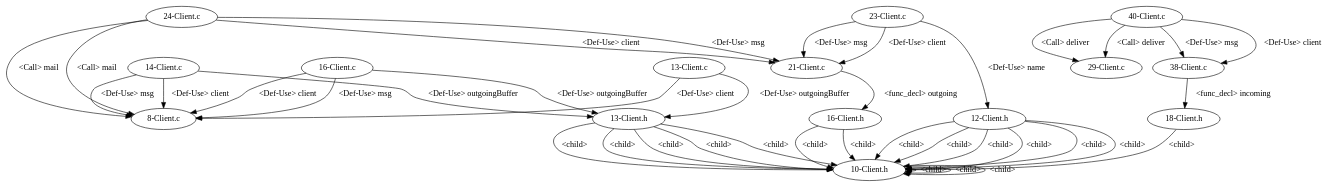
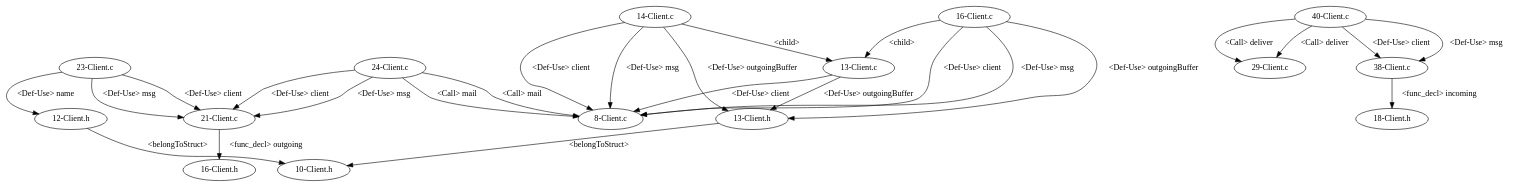
Before and after one commit to shuiblue/JDimeForCpp: the diagram in testcpp/dependencyGraph/EmailSystem/test_12/graph.gv, drawn with Graphviz. The commit also changed 10 other files, not shown here.

```diff
--- a/testcpp/dependencyGraph/EmailSystem/test_12/graph.gv
+++ b/testcpp/dependencyGraph/EmailSystem/test_12/graph.gv
@@ -1,55 +1,42 @@
 digraph {
-22 [label = "8-Client.c"];
-23 [label = "13-Client.c"];
-23 -> 22[label="<Def-Use> client"];
-24 [label = "14-Client.c"];
-24 -> 22[label="<Def-Use> client"];
-24 -> 22[label="<Def-Use> msg"];
-25 [label = "16-Client.c"];
-25 -> 22[label="<Def-Use> client"];
-25 -> 22[label="<Def-Use> msg"];
-26 [label = "21-Client.c"];
-27 [label = "23-Client.c"];
-27 -> 26[label="<Def-Use> msg"];
-27 -> 26[label="<Def-Use> client"];
-28 [label = "24-Client.c"];
-28 -> 22[label="<Call> mail"];
-28 -> 26[label="<Def-Use> client"];
-28 -> 26[label="<Def-Use> msg"];
-29 [label = "29-Client.c"];
-30 [label = "38-Client.c"];
-31 [label = "40-Client.c"];
-31 -> 29[label="<Call> deliver"];
-31 -> 30[label="<Def-Use> client"];
-31 -> 30[label="<Def-Use> msg"];
-32 [label = "10-Client.h"];
-33 [label = "12-Client.h"];
-33 -> 32[label="<child>"];
-34 [label = "13-Client.h"];
-34 -> 32[label="<child>"];
-33 -> 32[label="<child>"];
-34 -> 32[label="<child>"];
-33 -> 32[label="<child>"];
-34 -> 32[label="<child>"];
-32 -> 32[label="<child>"];
-33 -> 32[label="<child>"];
-35 [label = "16-Client.h"];
-34 -> 32[label="<child>"];
-35 -> 32[label="<child>"];
-32 -> 32[label="<child>"];
-33 -> 32[label="<child>"];
-36 [label = "18-Client.h"];
-34 -> 32[label="<child>"];
-35 -> 32[label="<child>"];
-36 -> 32[label="<child>"];
-32 -> 32[label="<child>"];
-33 -> 32[label="<child>"];
-31 -> 29[label="<Call> deliver"];
-27 -> 33[label="<Def-Use> name"];
-23 -> 34[label="<Def-Use> outgoingBuffer"];
-25 -> 34[label="<Def-Use> outgoingBuffer"];
-28 -> 22[label="<Call> mail"];
-24 -> 34[label="<Def-Use> outgoingBuffer"];
-30 -> 36[label="<func_decl> incoming"];
-26 -> 35[label="<func_decl> outgoing"];
+1 [label = "8-Client.c"];
+2 [label = "13-Client.c"];
+2 -> 1[label="<Def-Use> client"];
+3 [label = "14-Client.c"];
+3 -> 1[label="<Def-Use> client"];
+3 -> 1[label="<Def-Use> msg"];
+3 -> 2[label="<child>"];
+4 [label = "16-Client.c"];
+4 -> 1[label="<Def-Use> client"];
+4 -> 2[label="<child>"];
+4 -> 1[label="<Def-Use> msg"];
+5 [label = "21-Client.c"];
+6 [label = "23-Client.c"];
+6 -> 5[label="<Def-Use> msg"];
+6 -> 5[label="<Def-Use> client"];
+7 [label = "24-Client.c"];
+7 -> 1[label="<Call> mail"];
+7 -> 5[label="<Def-Use> client"];
+7 -> 5[label="<Def-Use> msg"];
+8 [label = "29-Client.c"];
+9 [label = "38-Client.c"];
+10 [label = "40-Client.c"];
+10 -> 8[label="<Call> deliver"];
+10 -> 9[label="<Def-Use> client"];
+10 -> 9[label="<Def-Use> msg"];
+11 [label = "10-Client.h"];
+12 [label = "12-Client.h"];
+13 [label = "13-Client.h"];
+13 -> 11[label="<belongToStruct>"];
+12 -> 11[label="<belongToStruct>"];
+14 [label = "16-Client.h"];
+15 [label = "18-Client.h"];
+10 -> 8[label="<Call> deliver"];
+6 -> 12[label="<Def-Use> name"];
+2 -> 13[label="<Def-Use> outgoingBuffer"];
+4 -> 13[label="<Def-Use> outgoingBuffer"];
+7 -> 1[label="<Call> mail"];
+3 -> 13[label="<Def-Use> outgoingBuffer"];
+9 -> 15[label="<func_decl> incoming"];
+5 -> 14[label="<func_decl> outgoing"];
 }
```
